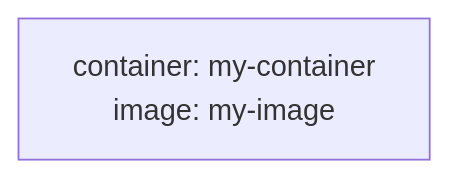
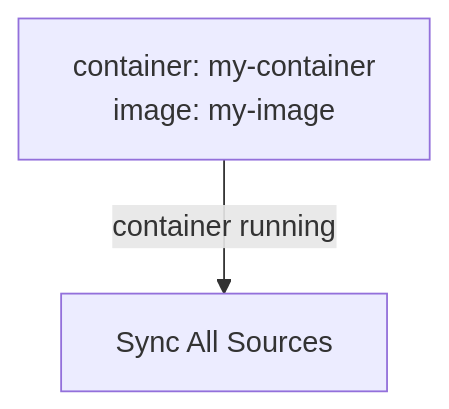
Before and after one commit to feloy/devfile-lifecycle: the diagram in pkg/graph/graphs/container-only.md, drawn with Mermaid. The commit also changed 3 other files, not shown here.

````diff
--- a/pkg/graph/graphs/container-only.md
+++ b/pkg/graph/graphs/container-only.md
@@ -1,4 +1,6 @@
 ```mermaid
 graph TB
 my-container["container: my-container<br/>image: my-image"]
+sync-all-my-container["Sync All Sources"]
+my-container -->|"container running"| sync-all-my-container
 ```
````
